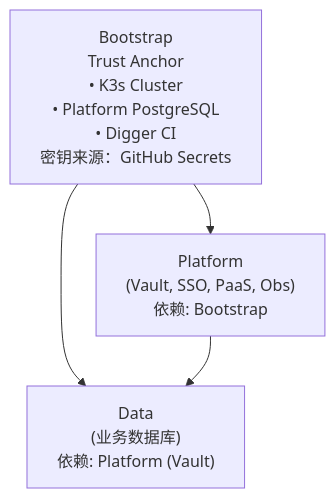
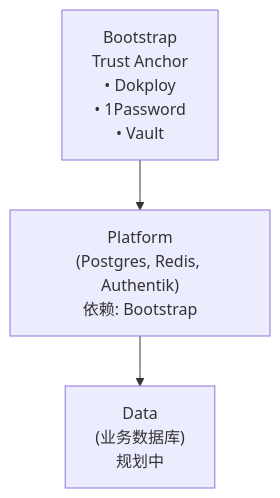
Before and after one commit to wangzitian0/infra2: the diagram in docs/ssot/README.md, drawn with Mermaid. The commit also changed other lines of this file and 59 other files, not shown here.

````diff
--- a/docs/ssot/README.md
+++ b/docs/ssot/README.md
@@ -90,10 +89,9 @@
 ```mermaid
 flowchart TB
-    B["Bootstrap<br/>Trust Anchor<br/>• K3s Cluster<br/>• Platform PostgreSQL<br/>• Digger CI<br/>密钥来源：GitHub Secrets"]
-    P["Platform<br/>(Vault, SSO, PaaS, Obs)<br/>依赖: Bootstrap"]
-    D["Data<br/>(业务数据库)<br/>依赖: Platform (Vault)"]
+    B["Bootstrap<br/>Trust Anchor<br/>• Dokploy<br/>• 1Password<br/>• Vault"]
+    P["Platform<br/>(Postgres, Redis, Authentik)<br/>依赖: Bootstrap"]
+    D["Data<br/>(业务数据库)<br/>规划中"]
 
     B --> P
-    B --> D
     P --> D
 ```
````
